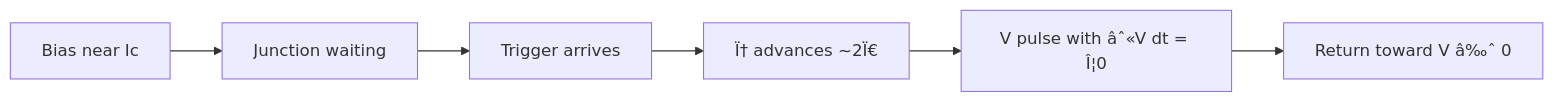
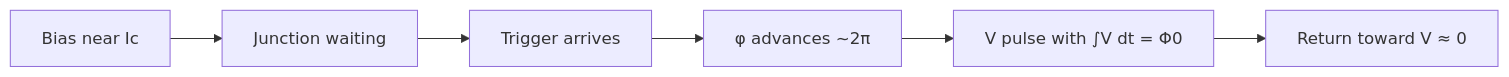
The diagram in docs/fundamentals/reading-sfq-notation.md (Single-Flux-Quantum/sfq-learn-public), drawn with Mermaid before and after one commit. The commit also changed other lines of this file and 39 other files, not shown here.

````diff
--- a/docs/fundamentals/reading-sfq-notation.md
+++ b/docs/fundamentals/reading-sfq-notation.md
@@ -182,8 +182,8 @@
 ```mermaid
 flowchart LR
   Bias[Bias near Ic] --> Wait[Junction waiting]
   Wait --> Trig[Trigger arrives]
-  Trig --> Slip["Ï† advances ~2Ï€"]
-  Slip --> Pulse["V pulse with âˆ«V dt = Î¦0"]
-  Pulse --> Quiet[Return toward V â‰ˆ 0]
+  Trig --> Slip["φ advances ~2π"]
+  Slip --> Pulse["V pulse with ∫V dt = Φ0"]
+  Pulse --> Quiet[Return toward V ≈ 0]
 ```
````
